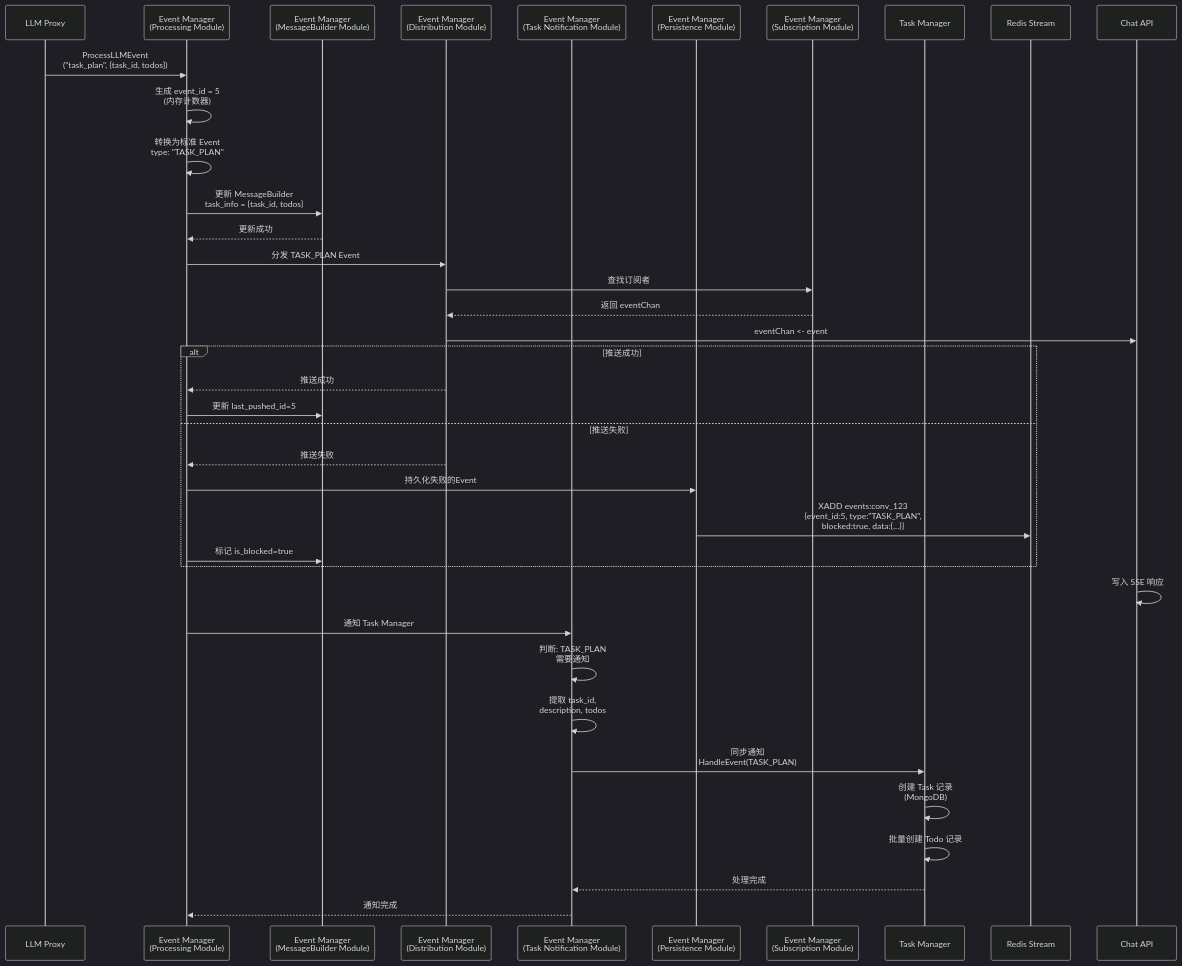
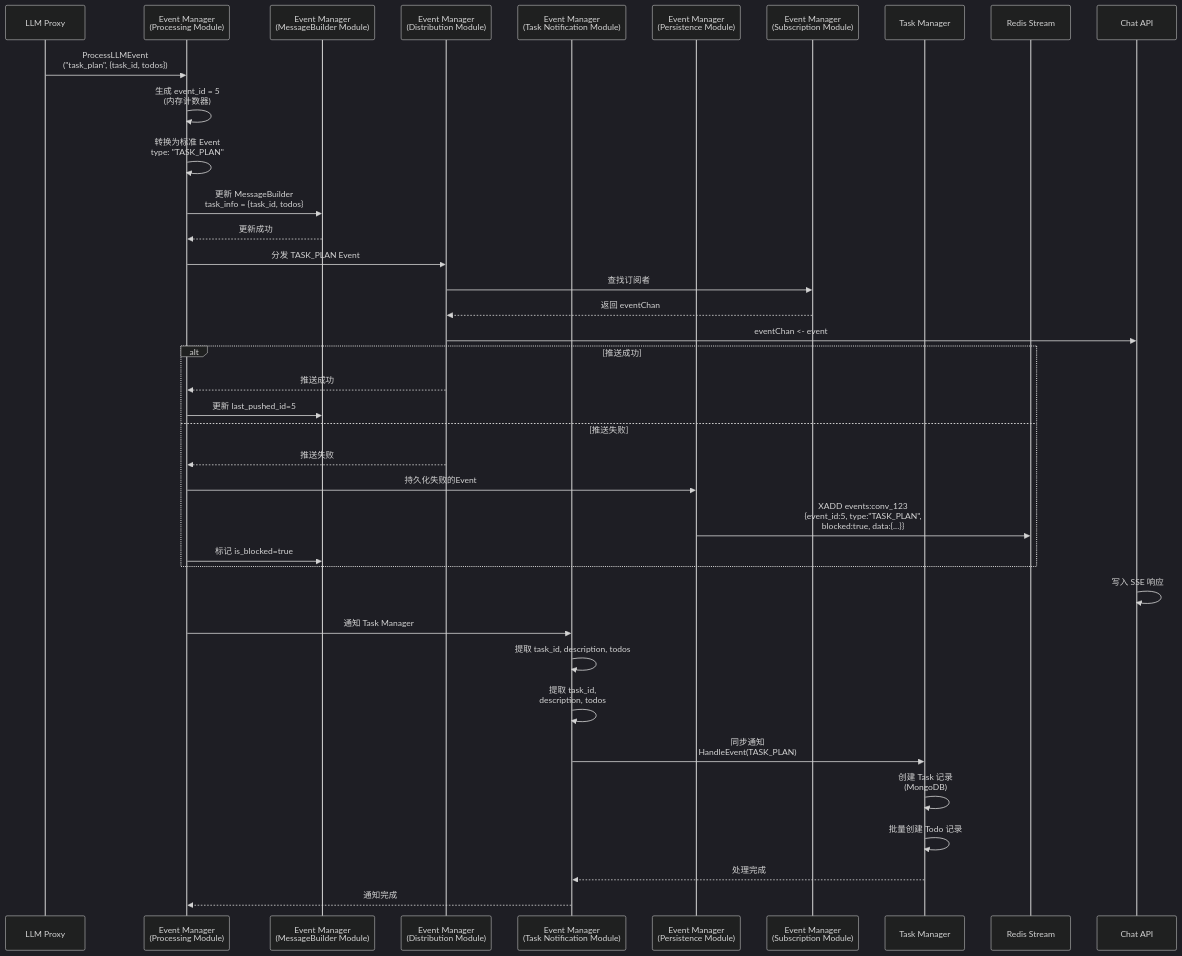
Before and after one commit to yingjianzh/iodraw-files: the diagram in all/未命名-10.md, drawn with Mermaid (dark theme).

Commit message:
2025-12-24 11:15:24 update

````diff
--- a/all/未命名-10.md
+++ b/all/未命名-10.md
@@ -1,51 +1,51 @@
 ```mermaid
 sequenceDiagram
     participant LLMProxy as LLM Proxy
     participant ProcMod as Event Manager<br/>(Processing Module)
     participant BuilderMod as Event Manager<br/>(MessageBuilder Module)
     participant DistribMod as Event Manager<br/>(Distribution Module)
     participant TaskNotifMod as Event Manager<br/>(Task Notification Module)
     participant PersistMod as Event Manager<br/>(Persistence Module)
     participant SubMod as Event Manager<br/>(Subscription Module)
     participant TaskMgr as Task Manager
     participant Redis as Redis Stream
     participant ChatAPI as Chat API
 
     LLMProxy->>ProcMod: ProcessLLMEvent<br/>("task_plan", {task_id, todos})
 
     ProcMod->>ProcMod: 生成 event_id = 5<br/>(内存计数器)
     
     ProcMod->>ProcMod: 转换为标准 Event<br/>type: "TASK_PLAN"
     
     ProcMod->>BuilderMod: 更新 MessageBuilder<br/>task_info = {task_id, todos}
     BuilderMod-->>ProcMod: 更新成功
     
     ProcMod->>DistribMod: 分发 TASK_PLAN Event
     DistribMod->>SubMod: 查找订阅者
     SubMod-->>DistribMod: 返回 eventChan
     DistribMod->>ChatAPI: eventChan <- event
     
     alt 推送成功
         DistribMod-->>ProcMod: 推送成功
         ProcMod->>BuilderMod: 更新 last_pushed_id=5
     else 推送失败
         DistribMod-->>ProcMod: 推送失败
         ProcMod->>PersistMod: 持久化失败的Event
         PersistMod->>Redis: XADD events:conv_123<br/>{event_id:5, type:"TASK_PLAN",<br/>blocked:true, data:{...}}
         ProcMod->>BuilderMod: 标记 is_blocked=true
     end
     
     ChatAPI->>ChatAPI: 写入 SSE 响应
     
     ProcMod->>TaskNotifMod:  通知 Task Manager
-    TaskNotifMod->>TaskNotifMod: 判断: TASK_PLAN<br/>需要通知
+    TaskNotifMod->>TaskNotifMod: 提取 task_id, description, todos
     
     TaskNotifMod->>TaskNotifMod: 提取 task_id,<br/>description, todos
     
     TaskNotifMod->>TaskMgr: 同步通知<br/>HandleEvent(TASK_PLAN)
     TaskMgr->>TaskMgr: 创建 Task 记录<br/>(MongoDB)
     TaskMgr->>TaskMgr: 批量创建 Todo 记录
     TaskMgr-->>TaskNotifMod: 处理完成
     
     TaskNotifMod-->>ProcMod: 通知完成
 ```
````
